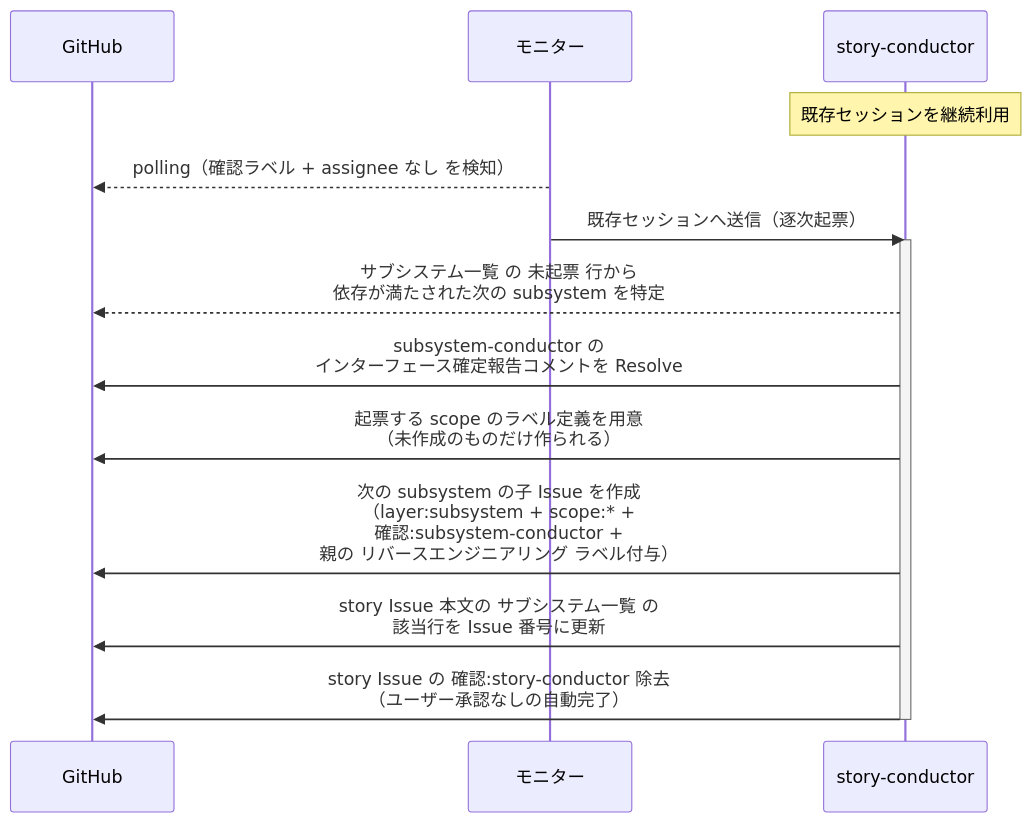
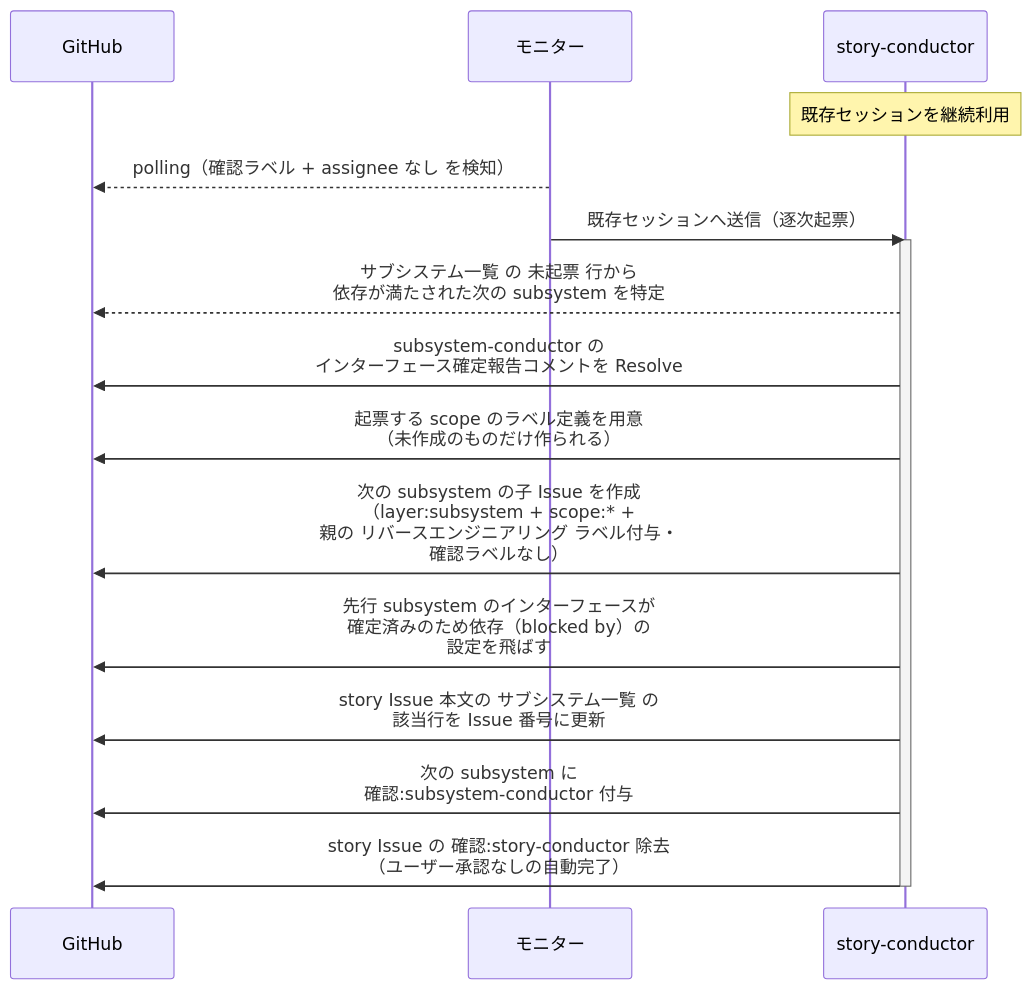
Before and after one commit to shuhei1101/ai-monitor: the second of 2 diagrams in docs/wiki/設計図/シナリオ/単一ユースケース/子subsystem起票.md, drawn with Mermaid. The commit also changed other lines of this file and 3 other files, not shown here.

````diff
--- a/docs/wiki/設計図/シナリオ/単一ユースケース/子subsystem起票.md
+++ b/docs/wiki/設計図/シナリオ/単一ユースケース/子subsystem起票.md
@@ -71,18 +74,20 @@
 ```mermaid
 sequenceDiagram
   participant GH as GitHub
   participant ORC as モニター
   participant MON as story-conductor
 
   Note over MON: 既存セッションを継続利用
   ORC-->>GH: polling（確認ラベル + assignee なし を検知）
   ORC->>MON: 既存セッションへ送信（逐次起票）
   activate MON
   MON-->>GH: サブシステム一覧 の 未起票 行から<br>依存が満たされた次の subsystem を特定
   MON->>GH: subsystem-conductor の<br>インターフェース確定報告コメントを Resolve
   MON->>GH: 起票する scope のラベル定義を用意<br>（未作成のものだけ作られる）
-  MON->>GH: 次の subsystem の子 Issue を作成<br>（layer:subsystem + scope:* +<br>確認:subsystem-conductor +<br>親の リバースエンジニアリング ラベル付与）
+  MON->>GH: 次の subsystem の子 Issue を作成<br>（layer:subsystem + scope:* +<br>親の リバースエンジニアリング ラベル付与・<br>確認ラベルなし）
+  MON->>GH: 先行 subsystem のインターフェースが<br>確定済みのため依存（blocked by）の<br>設定を飛ばす
   MON->>GH: story Issue 本文の サブシステム一覧 の<br>該当行を Issue 番号に更新
+  MON->>GH: 次の subsystem に<br>確認:subsystem-conductor 付与
   MON->>GH: story Issue の 確認:story-conductor 除去<br>（ユーザー承認なしの自動完了）
   deactivate MON
 ```
````
